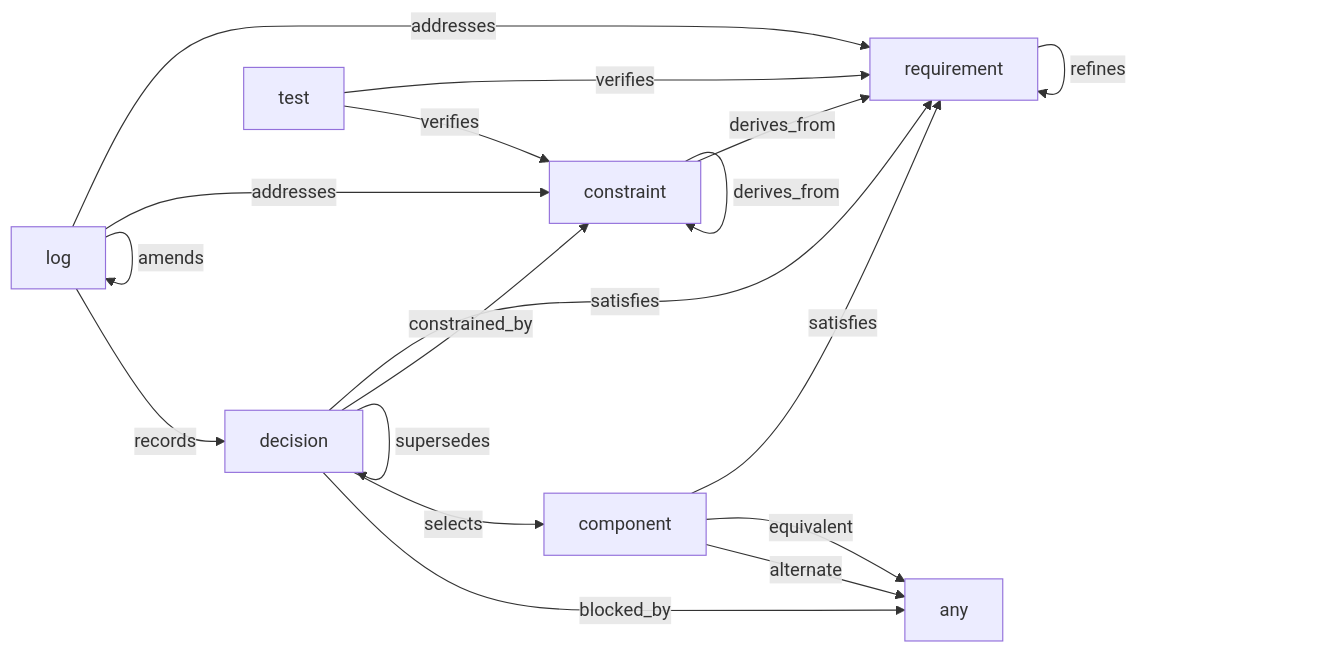
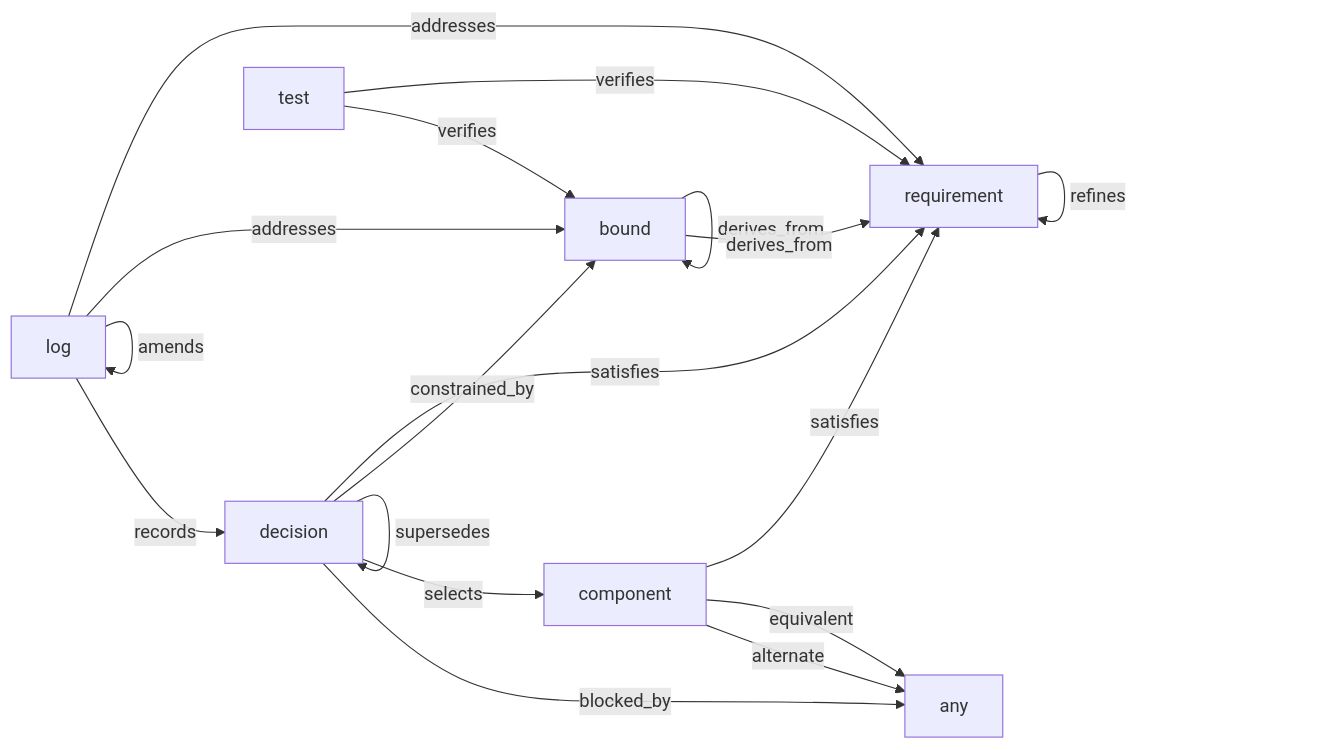
One commit to Squishiba/refdes changed the diagram in docs/links.md. Above: the diagram before and after it, drawn with Mermaid. The commit also changed other lines of this file and 23 other files, not shown here.

````diff
--- a/docs/links.md
+++ b/docs/links.md
@@ -58,21 +58,22 @@
 ```mermaid
 %% generated by `refdes schema --graph` -- do not hand-edit
 graph LR
+  bound -- refines --> bound
+  bound -- derives_from --> requirement
+  bound -- derives_from --> bound
   component -- satisfies --> requirement
   component -- equivalent --> any
   component -- alternate --> any
-  constraint -- derives_from --> requirement
-  constraint -- derives_from --> constraint
   decision -- satisfies --> requirement
-  decision -- constrained_by --> constraint
+  decision -- constrained_by --> bound
   decision -- supersedes --> decision
   decision -- selects --> component
   decision -- blocked_by --> any
   log -- addresses --> requirement
-  log -- addresses --> constraint
+  log -- addresses --> bound
   log -- amends --> log
   log -- records --> decision
   requirement -- refines --> requirement
   test -- verifies --> requirement
-  test -- verifies --> constraint
+  test -- verifies --> bound
 ```
````
